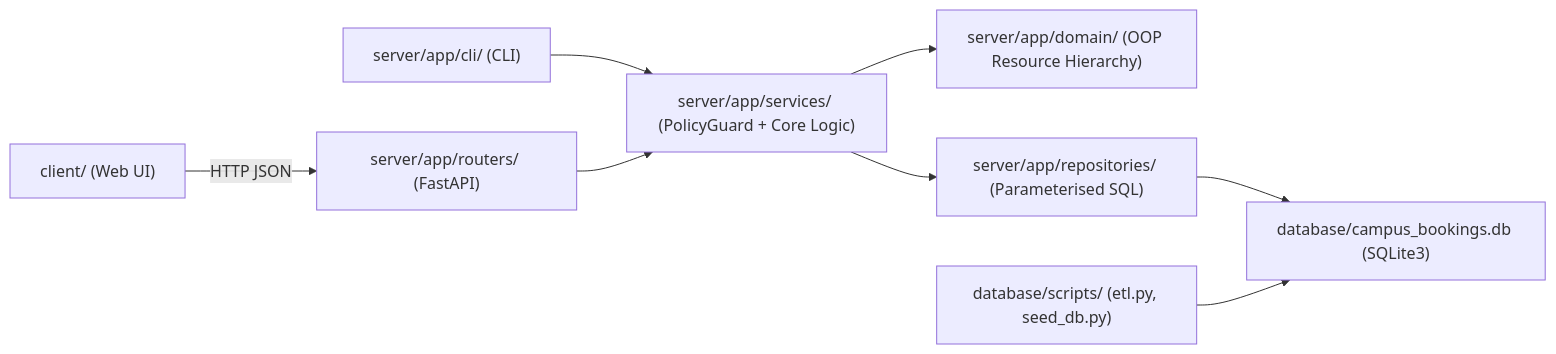
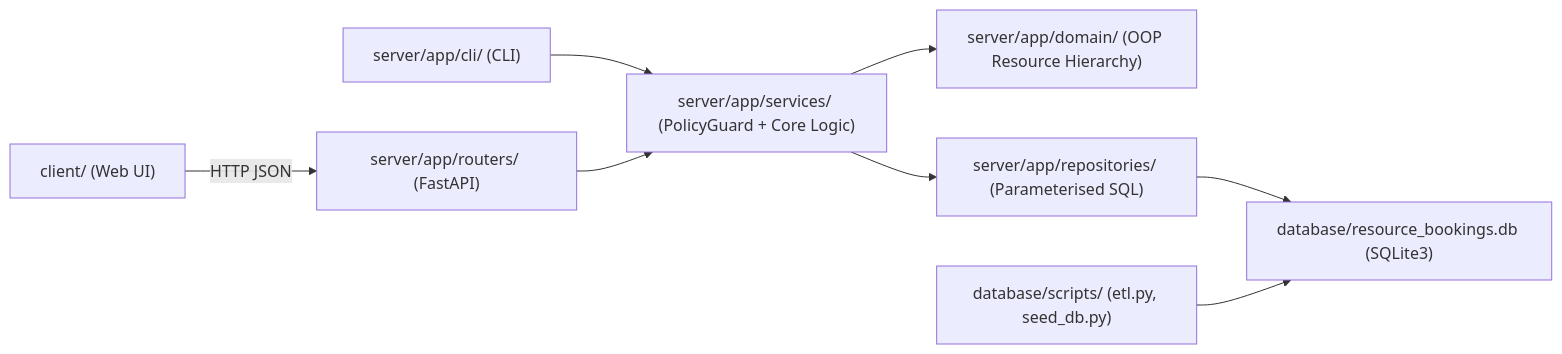
Before and after one commit to huutrungle2001/WM9QF_AI_Programming_A1: the diagram in docs/design/diagrams/dependency_flow.mmd, drawn with Mermaid. The commit also changed 11 other files, not shown here.

Commit message:
chore(db): merge raw/sources.json, rename seed_data.json and resource_bookings.db

```diff
--- a/docs/design/diagrams/dependency_flow.mmd
+++ b/docs/design/diagrams/dependency_flow.mmd
@@ -1,8 +1,8 @@
 flowchart LR
     Client["client/ (Web UI)"] -->|HTTP JSON| Routers["server/app/routers/ (FastAPI)"]
     CLI["server/app/cli/ (CLI)"] --> Services
     Routers --> Services["server/app/services/ (PolicyGuard + Core Logic)"]
     Services --> Domain["server/app/domain/ (OOP Resource Hierarchy)"]
     Services --> Repos["server/app/repositories/ (Parameterised SQL)"]
-    Repos --> DB["database/campus_bookings.db (SQLite3)"]
+    Repos --> DB["database/resource_bookings.db (SQLite3)"]
     ETL["database/scripts/ (etl.py, seed_db.py)"] --> DB
```
